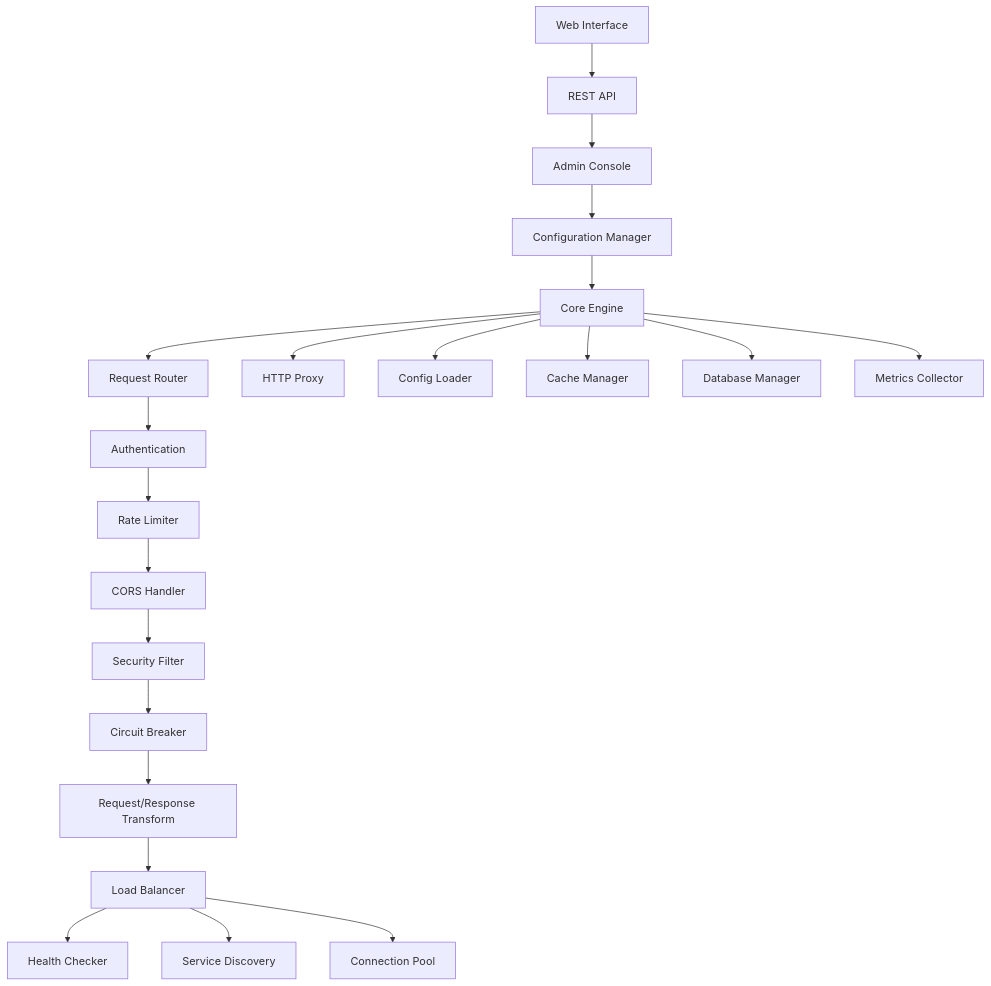
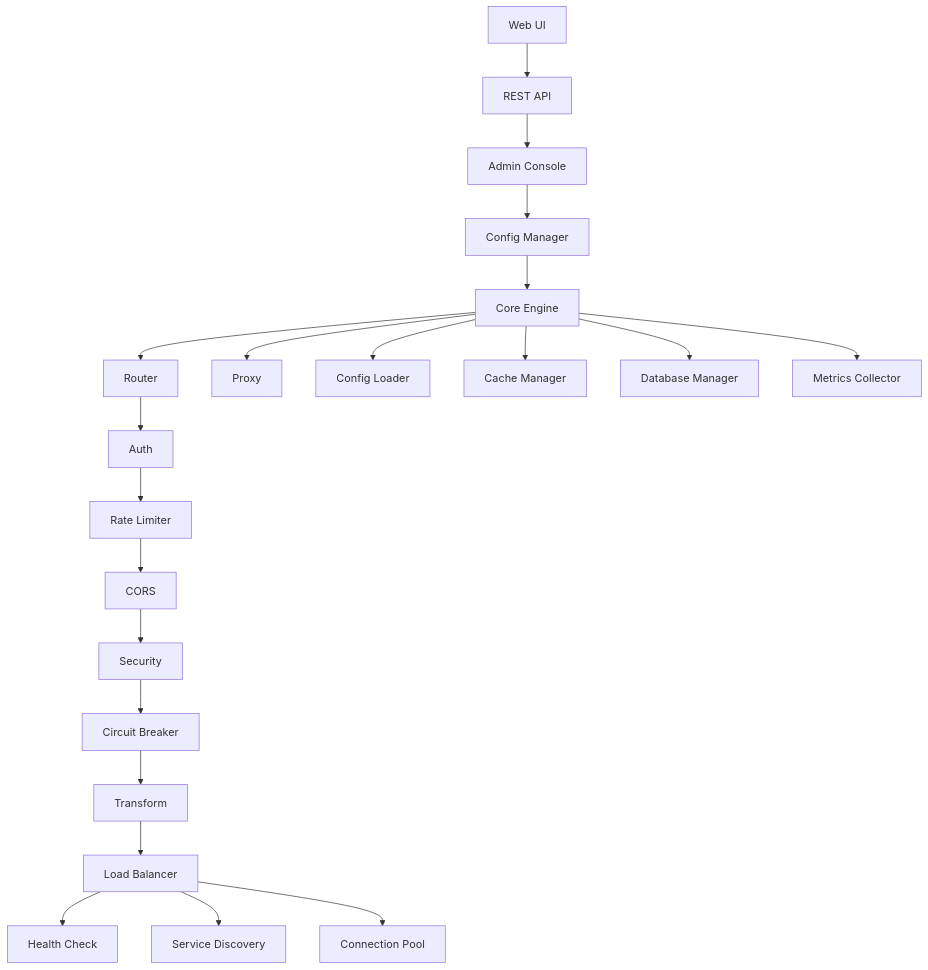
The second of 16 diagrams in docs/guide/architecture.md (fluxsce/gateway), drawn with Mermaid before and after one commit. The commit also changed other lines of this file, not shown here.

Commit message:
架构图预览显示问题

````diff
--- a/docs/guide/architecture.md
+++ b/docs/guide/architecture.md
@@ -51,27 +51,27 @@
 ```mermaid
 graph TB
-    Router[Request Router] --> Auth[Authentication]
-    Engine[Core Engine] --> Router
-    Engine --> Proxy[HTTP Proxy]
+    A[Core Engine] --> B[Router]
+    A --> C[Proxy]
     
-    Auth --> RateLimit[Rate Limiter]
-    RateLimit --> CORS[CORS Handler]
-    CORS --> Security[Security Filter]
-    Security --> CircuitBreaker[Circuit Breaker]
-    CircuitBreaker --> Transform[Request/Response Transform]
+    B --> D[Auth]
+    D --> E[Rate Limiter]
+    E --> F[CORS]
+    F --> G[Security]
+    G --> H[Circuit Breaker]
+    H --> I[Transform]
     
-    Transform --> LoadBalancer[Load Balancer]
-    LoadBalancer --> HealthCheck[Health Checker]
-    LoadBalancer --> ServiceDiscovery[Service Discovery]
-    LoadBalancer --> ConnectionPool[Connection Pool]
+    I --> J[Load Balancer]
+    J --> K[Health Check]
+    J --> L[Service Discovery]
+    J --> M[Connection Pool]
     
-    Engine --> ConfigLoader[Config Loader]
-    Engine --> CacheManager[Cache Manager]
-    Engine --> DatabaseManager[Database Manager]
-    Engine --> MetricsCollector[Metrics Collector]
+    A --> N[Config Loader]
+    A --> O[Cache Manager]
+    A --> P[Database Manager]
+    A --> Q[Metrics Collector]
     
-    WebUI[Web Interface] --> RestAPI[REST API]
-    RestAPI --> AdminConsole[Admin Console]
-    AdminConsole --> ConfigManager[Configuration Manager]
-    ConfigManager --> Engine
+    R[Web UI] --> S[REST API]
+    S --> T[Admin Console]
+    T --> U[Config Manager]
+    U --> A
 ```
````
